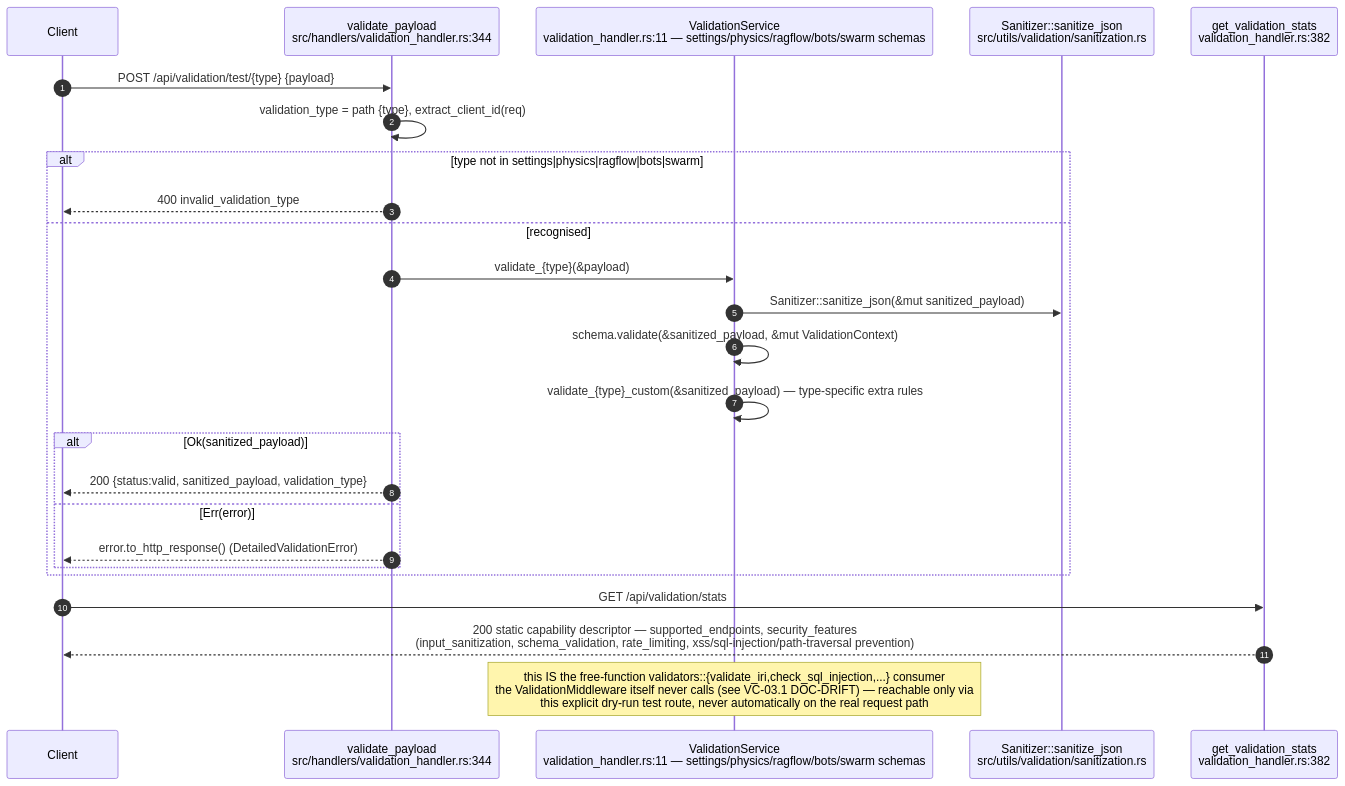
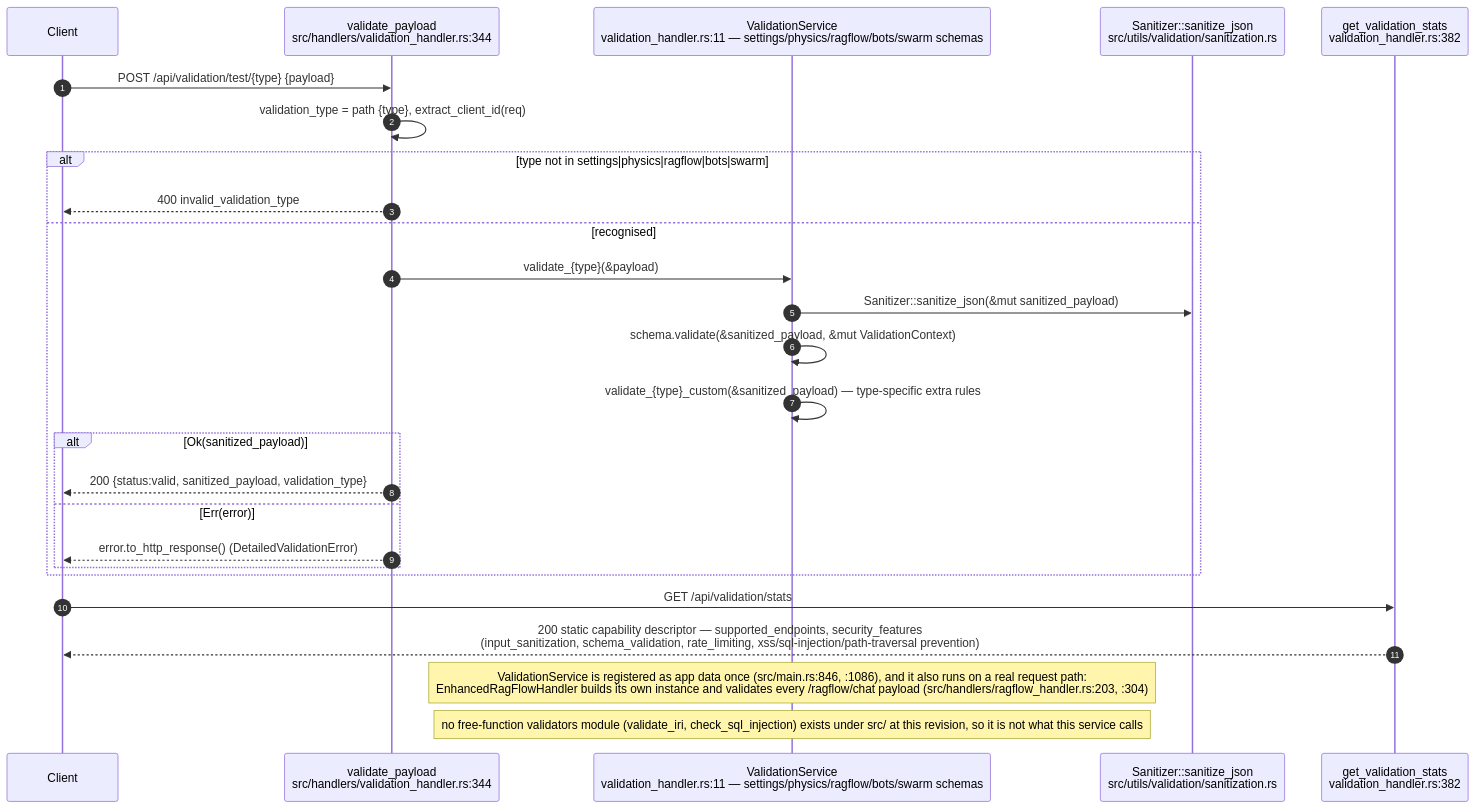
Diagram 16 of 23 in docs/diagrams/visionclaw/04-handlers-graph-and-state.md (DreamLab-AI/VisionFlow), drawn with Mermaid before and after one commit. The commit also changed other lines of this file and 173 other files, not shown here.

````diff
--- a/docs/diagrams/visionclaw/04-handlers-graph-and-state.md
+++ b/docs/diagrams/visionclaw/04-handlers-graph-and-state.md
@@ -783,28 +852,29 @@
 ```mermaid
 sequenceDiagram
     autonumber
     participant C as Client
     participant VP as validate_payload<br/>src/handlers/validation_handler.rs:344
     participant VS as ValidationService<br/>validation_handler.rs:11 — settings/physics/ragflow/bots/swarm schemas
     participant SAN as Sanitizer::sanitize_json<br/>src/utils/validation/sanitization.rs
     participant GS as get_validation_stats<br/>validation_handler.rs:382
 
     C->>VP: POST /api/validation/test/{type} {payload}
     VP->>VP: validation_type = path {type}, extract_client_id(req)
     alt type not in settings|physics|ragflow|bots|swarm
         VP-->>C: 400 invalid_validation_type
     else recognised
         VP->>VS: validate_{type}(&payload)
         VS->>SAN: Sanitizer::sanitize_json(&mut sanitized_payload)
         VS->>VS: schema.validate(&sanitized_payload, &mut ValidationContext)
         VS->>VS: validate_{type}_custom(&sanitized_payload) — type-specific extra rules
         alt Ok(sanitized_payload)
             VP-->>C: 200 {status:valid, sanitized_payload, validation_type}
         else Err(error)
             VP-->>C: error.to_http_response() (DetailedValidationError)
         end
     end
     C->>GS: GET /api/validation/stats
     GS-->>C: 200 static capability descriptor — supported_endpoints, security_features<br/>(input_sanitization, schema_validation, rate_limiting, xss/sql-injection/path-traversal prevention)
-    Note over VS: this IS the free-function validators::{validate_iri,check_sql_injection,...} consumer<br/>the ValidationMiddleware itself never calls (see VC-03.1 DOC-DRIFT) — reachable only via<br/>this explicit dry-run test route, never automatically on the real request path
+    Note over VS: ValidationService is registered as app data once (src/main.rs:846, :1086), and it also runs on a real request path:<br/>EnhancedRagFlowHandler builds its own instance and validates every /ragflow/chat payload (src/handlers/ragflow_handler.rs:203, :304)
+    Note over VS: no free-function validators module (validate_iri, check_sql_injection) exists under src/ at this revision, so it is not what this service calls
 ```
````
